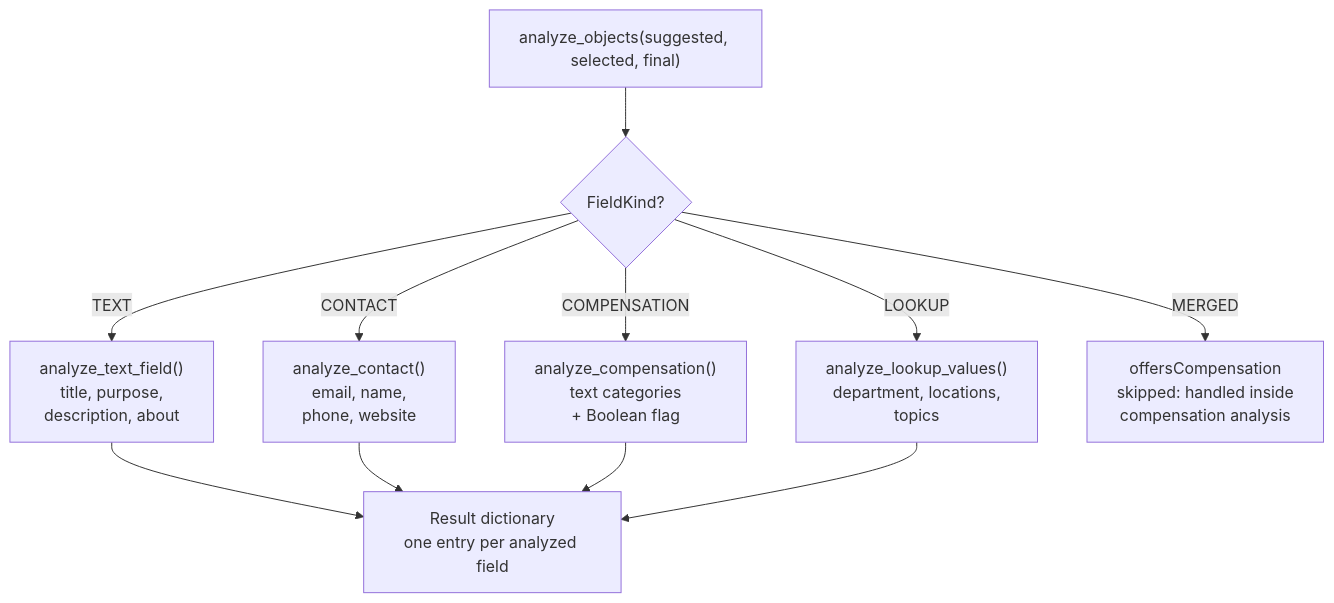
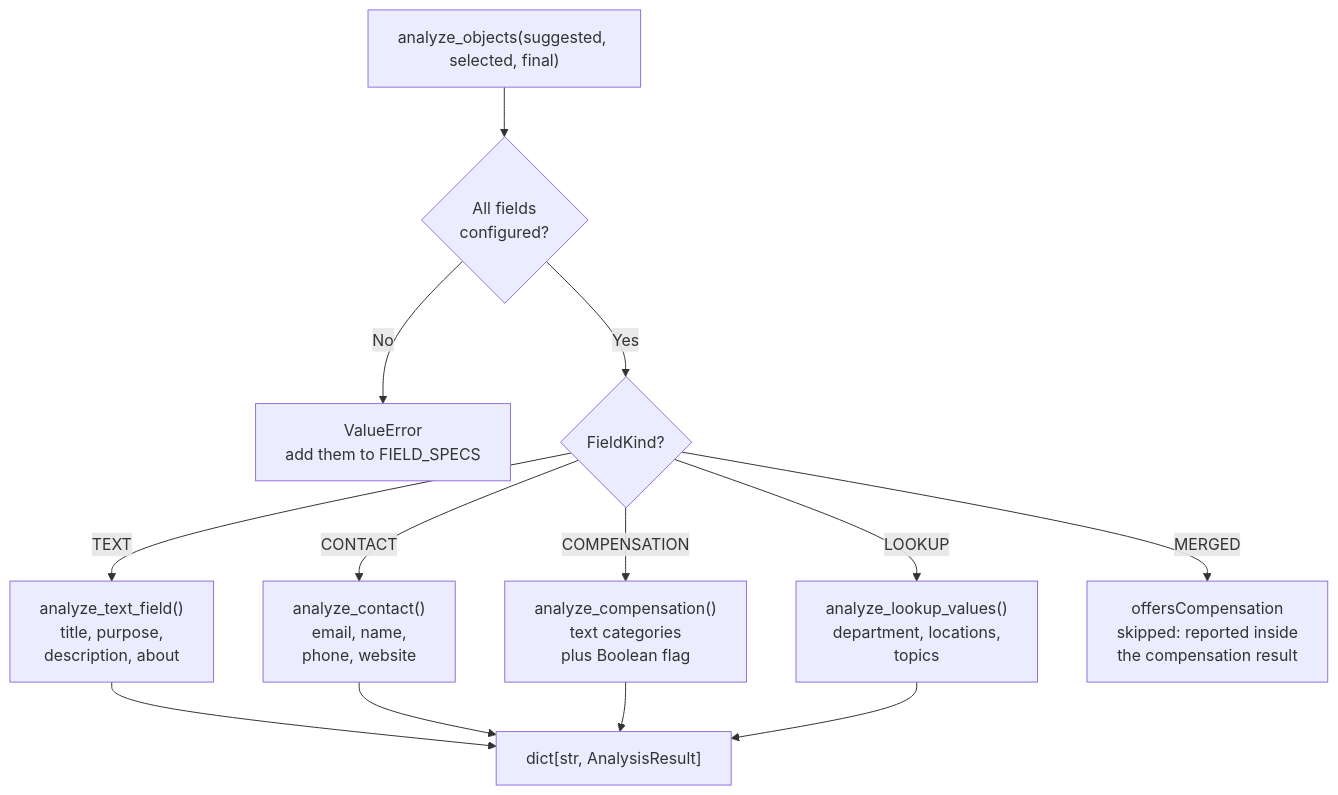
One commit to umich-michr/michr-scripts changed the third of 8 diagrams in docs/program-flow.md. Above: the diagram before and after it, drawn with Mermaid. The commit also changed other lines of this file, not shown here.

Commit message:
docs: revise program flow for the narrowed library scope

````diff
--- a/docs/program-flow.md
+++ b/docs/program-flow.md
@@ -96,18 +84,20 @@
 ```mermaid
 flowchart TB
     ORCH["analyze_objects(suggested, selected, final)"]
-    KIND{"FieldKind?"}
+    CHECK{"All fields<br/>configured?"}
 
-    ORCH --> KIND
+    ORCH --> CHECK
+    CHECK -->|No| ERROR["ValueError<br/>add them to FIELD_SPECS"]
+    CHECK -->|Yes| KIND{"FieldKind?"}
 
     KIND -->|TEXT| TEXT["analyze_text_field()<br/>title, purpose,<br/>description, about"]
     KIND -->|CONTACT| CONTACT["analyze_contact()<br/>email, name,<br/>phone, website"]
-    KIND -->|COMPENSATION| COMP["analyze_compensation()<br/>text categories<br/>+ Boolean flag"]
+    KIND -->|COMPENSATION| COMP["analyze_compensation()<br/>text categories<br/>plus Boolean flag"]
     KIND -->|LOOKUP| LOOKUP["analyze_lookup_values()<br/>department, locations,<br/>topics"]
-    KIND -->|MERGED| MERGED["offersCompensation<br/>skipped: handled inside<br/>compensation analysis"]
+    KIND -->|MERGED| MERGED["offersCompensation<br/>skipped: reported inside<br/>the compensation result"]
 
-    TEXT --> RESULTS["Result dictionary<br/>one entry per analyzed field"]
+    TEXT --> RESULTS["dict[str, AnalysisResult]"]
     CONTACT --> RESULTS
     COMP --> RESULTS
     LOOKUP --> RESULTS
 ```
````
